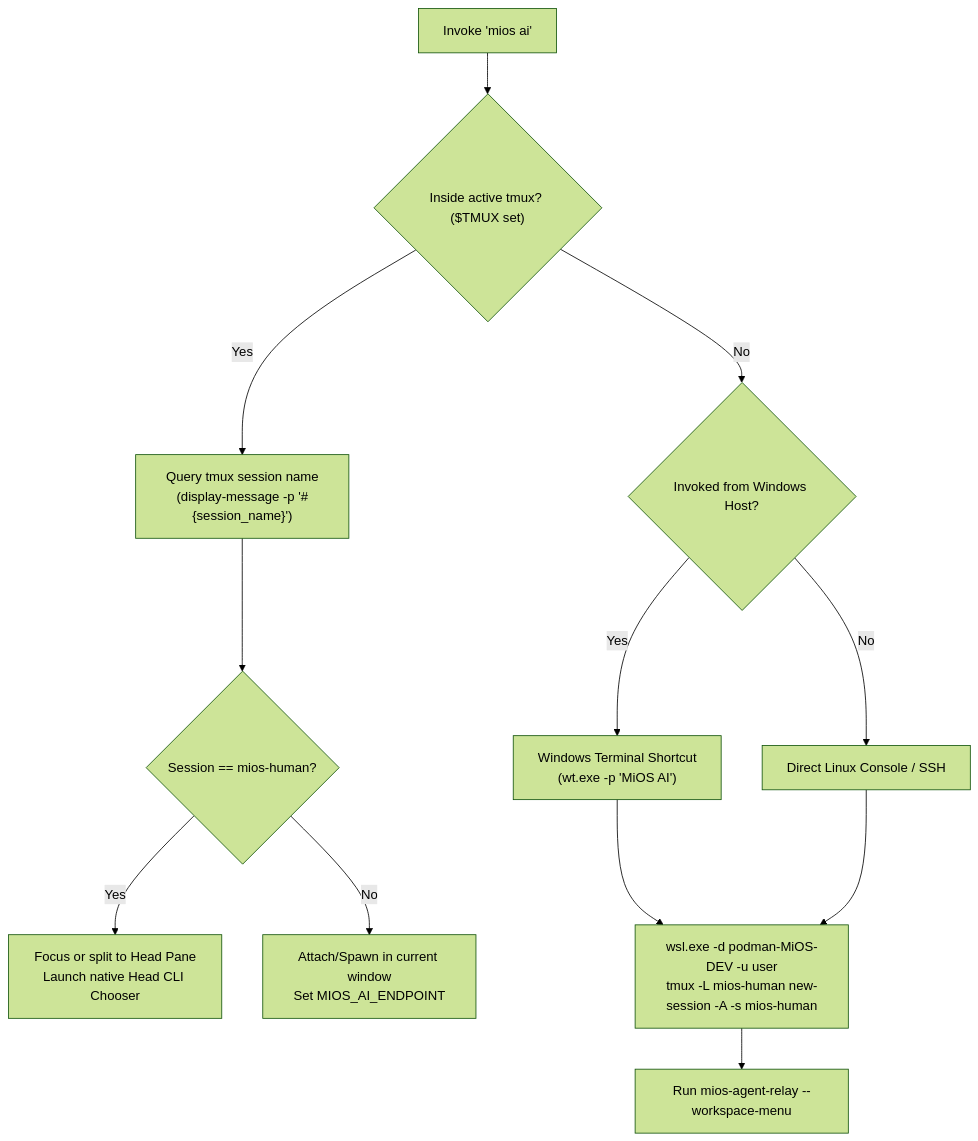
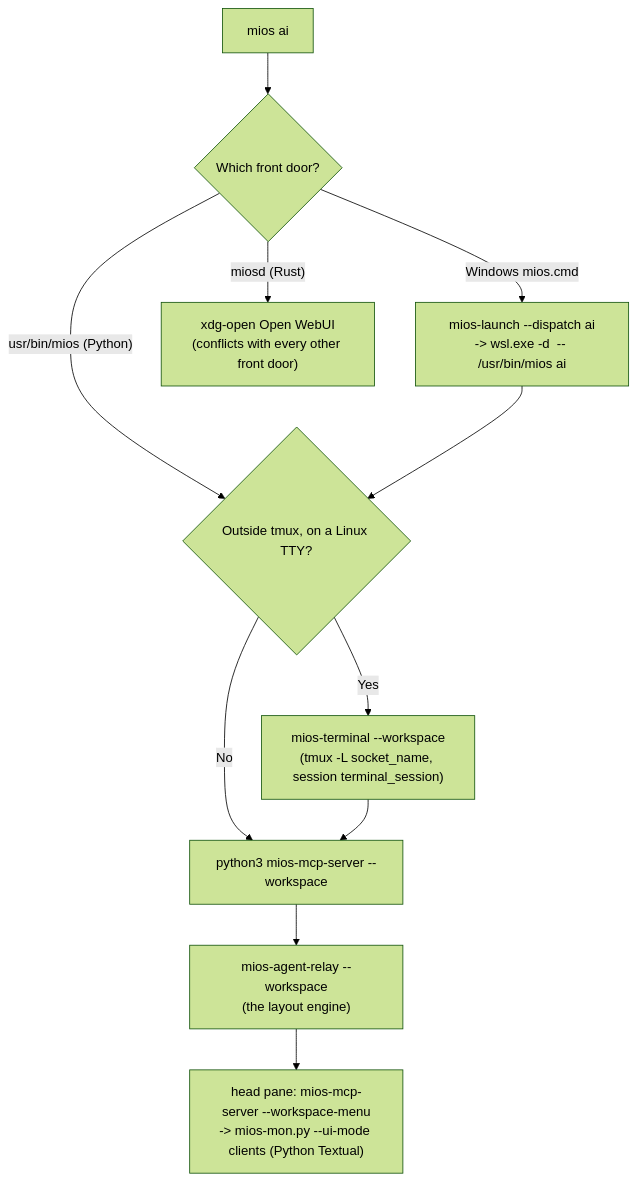
The diagram in docs/design/doc-tmux-os-integration.md (mios-dev/MiOS), drawn with Mermaid (forest theme) before and after one commit. The commit also changed other lines of this file and 2 other files, not shown here.

````diff
--- a/docs/design/doc-tmux-os-integration.md
+++ b/docs/design/doc-tmux-os-integration.md
@@ -98,16 +103,13 @@
 ```mermaid
 flowchart TD
-    Start["Invoke 'mios ai'"] --> CheckEnv{"Inside active tmux? ($TMUX set)"}
-    CheckEnv -- Yes --> QuerySession["Query tmux session name\n(display-message -p '#{session_name}')"]
-    QuerySession --> HumanSession{"Session == mios-human?"}
-    HumanSession -- Yes --> AttachHead["Focus or split to Head Pane\nLaunch native Head CLI Chooser"]
-    HumanSession -- No --> NestedSlot["Attach/Spawn in current window\nSet MIOS_AI_ENDPOINT"]
-
-    CheckEnv -- No --> CheckHost{"Invoked from Windows Host?"}
-    CheckHost -- Yes --> WinWT["Windows Terminal Shortcut\n(wt.exe -p 'MiOS AI')"]
-    WinWT --> LaunchWSL["wsl.exe -d podman-MiOS-DEV -u user\ntmux -L mios-human new-session -A -s mios-human"]
-    LaunchWSL --> RunChooser["Run mios-agent-relay --workspace-menu"]
-
-    CheckHost -- No --> LinuxTTY["Direct Linux Console / SSH"]
-    LinuxTTY --> LaunchWSL
+    Start["mios ai"] --> Front{"Which front door?"}
+    Front -- "usr/bin/mios (Python)" --> TTY{"Outside tmux, on a Linux TTY?"}
+    TTY -- Yes --> Term["mios-terminal --workspace\n(tmux -L socket_name, session terminal_session)"]
+    TTY -- No --> MCP["python3 mios-mcp-server --workspace"]
+    Term --> MCP
+    MCP --> Relay["mios-agent-relay --workspace\n(the layout engine)"]
+    Relay --> Head["head pane: mios-mcp-server --workspace-menu\n-> mios-mon.py --ui-mode clients (Python Textual)"]
+    Front -- "Windows mios.cmd" --> Launch["mios-launch --dispatch ai\n-> wsl.exe -d <distro from the native binding> -- /usr/bin/mios ai"]
+    Launch --> TTY
+    Front -- "miosd (Rust)" --> WebUI["xdg-open Open WebUI\n(conflicts with every other front door)"]
 ```
````
